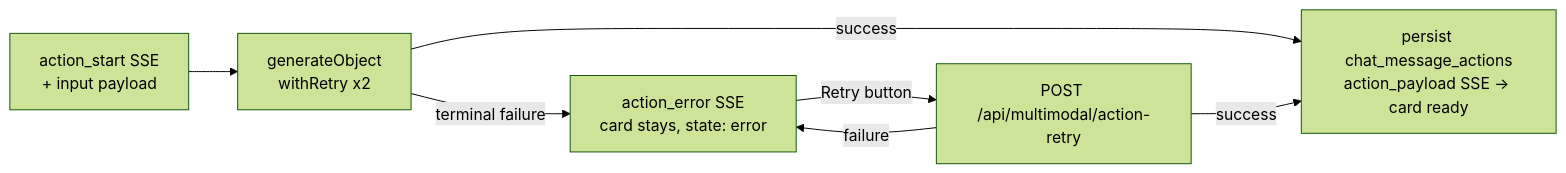
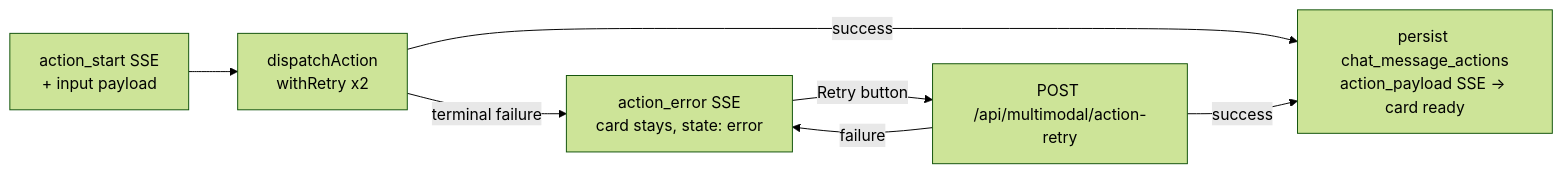
The third of 3 diagrams in dev-docs/ai-retry-and-failure-recovery-plan.md (ddeepak95/pesu), drawn with Mermaid (forest theme) before and after one commit. The commit also changed other lines of this file, not shown here.

````diff
--- a/dev-docs/ai-retry-and-failure-recovery-plan.md
+++ b/dev-docs/ai-retry-and-failure-recovery-plan.md
@@ -177,9 +178,9 @@
 ```mermaid
 graph LR
-    A[action_start SSE<br/>+ input payload] --> B[generateObject<br/>withRetry x2]
+    A[action_start SSE<br/>+ input payload] --> B[dispatchAction<br/>withRetry x2]
     B -->|success| C[persist chat_message_actions<br/>action_payload SSE → card ready]
     B -->|terminal failure| D[action_error SSE<br/>card stays, state: error]
     D -->|Retry button| E[POST /api/multimodal/action-retry]
     E -->|success| C
     E -->|failure| D
 ```
````
